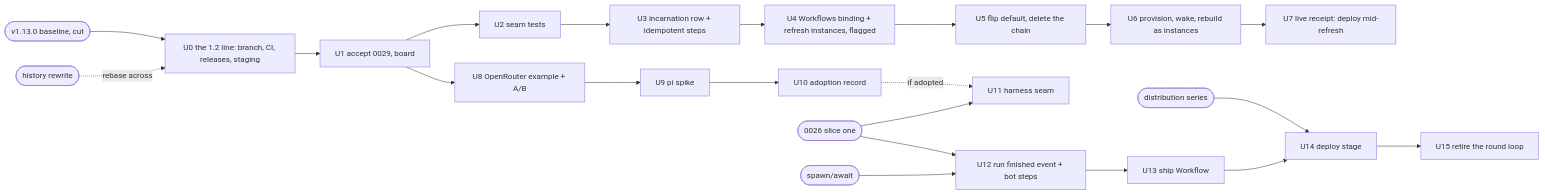
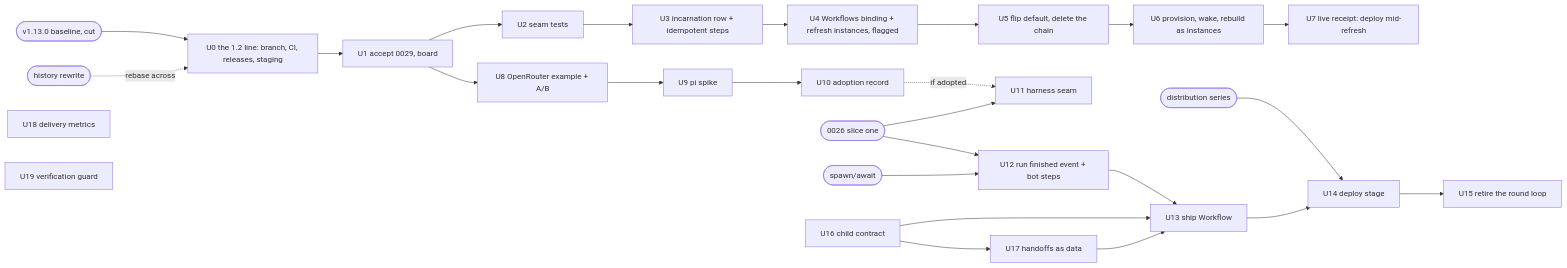
Before and after one commit to coreplanelabs/switchboard: the first of 2 diagrams in docs/plans/2026-09-10-001-feat-orchestration-program-plan.md, drawn with Mermaid. The commit also changed other lines of this file and 2 other files, not shown here.

Commit message:
docs(core): record 0031 — the coordinator runs a plan, a child is handed a contract and hands back a deviation, and a test cannot be narrowed without its spec; the program plan gains U16 to U19 and defers U6 and U14 (#930)

````diff
--- a/docs/plans/2026-09-10-001-feat-orchestration-program-plan.md
+++ b/docs/plans/2026-09-10-001-feat-orchestration-program-plan.md
@@ -127,23 +135,28 @@
 ```mermaid
 flowchart LR
     G0([v1.13.0 baseline, cut]) --> U0[U0 the 1.2 line: branch, CI, releases, staging]
     U0 --> U1[U1 accept 0029, board]
     U1 --> U2[U2 seam tests]
     G1([history rewrite]) -. rebase across .-> U0
     U2 --> U3[U3 incarnation row + idempotent steps]
     U3 --> U4[U4 Workflows binding + refresh instances, flagged]
     U4 --> U5[U5 flip default, delete the chain]
     U5 --> U6[U6 provision, wake, rebuild as instances]
     U6 --> U7[U7 live receipt: deploy mid-refresh]
     U1 --> U8[U8 OpenRouter example + A/B]
     U8 --> U9[U9 pi spike]
     U9 --> U10[U10 adoption record]
     U10 -. if adopted .-> U11[U11 harness seam]
     G2([0026 slice one]) --> U11
     G2 --> U12
     G3([spawn/await]) --> U12[U12 run finished event + bot steps]
     U12 --> U13[U13 ship Workflow]
     G4([distribution series]) --> U14[U14 deploy stage]
     U13 --> U14
     U14 --> U15[U15 retire the round loop]
+    U16[U16 child contract] --> U13
+    U16 --> U17[U17 handoffs as data]
+    U17 --> U13
+    U18[U18 delivery metrics]
+    U19[U19 verification guard]
 ```
````
